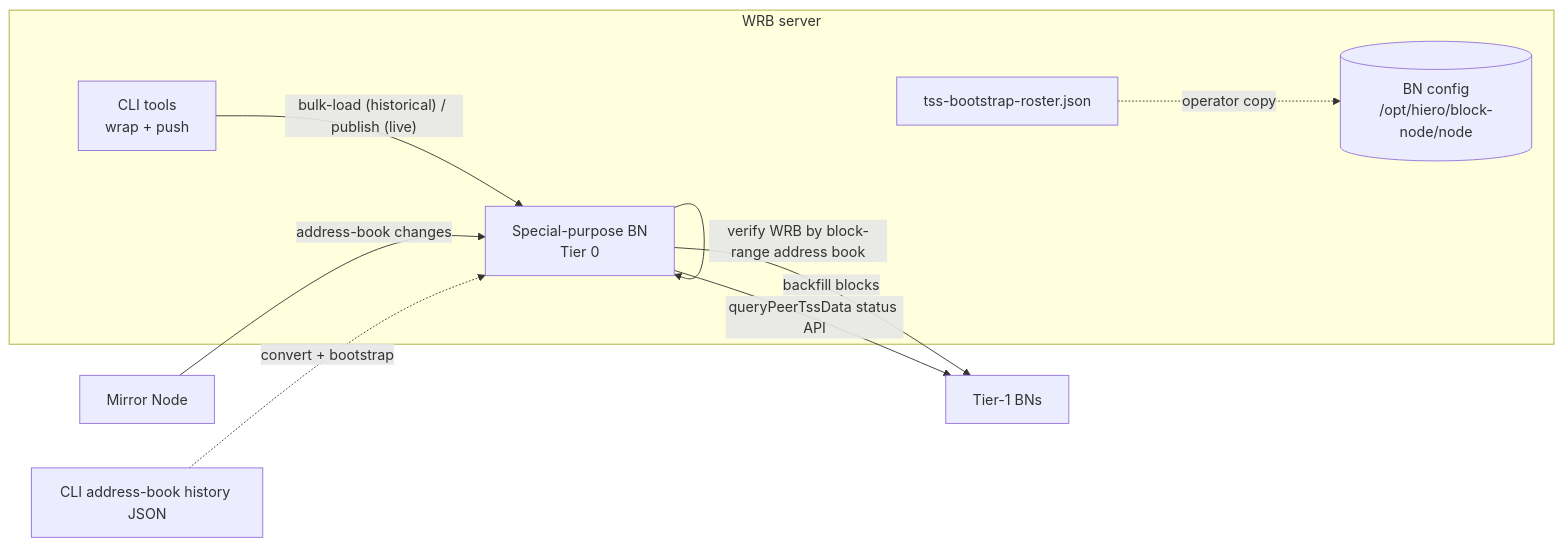
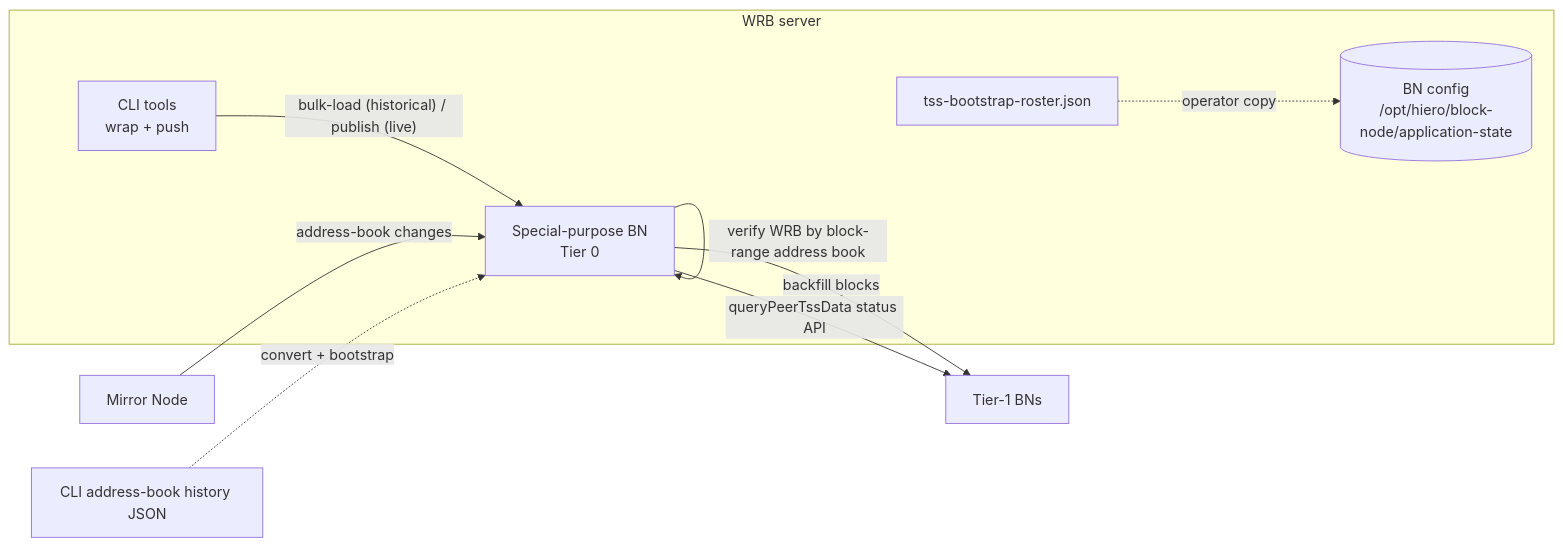
Before and after one commit to hiero-ledger/hiero-block-node: the diagram in docs/design/wrb-streaming/sp-wrb-bn-design.md, drawn with Mermaid. The commit also changed other lines of this file and 22 other files, not shown here.

First line of the commit message:
- change application-state mount to use /block-node/application-state instead of /block-node/node - remove the validation volume - update validation plugin to use the application-state volume - update ApplicationStateConfig to use new mount path

````diff
--- a/docs/design/wrb-streaming/sp-wrb-bn-design.md
+++ b/docs/design/wrb-streaming/sp-wrb-bn-design.md
@@ -135,12 +135,12 @@
 ```mermaid
 flowchart LR
     subgraph WRBS [WRB server]
         CLI[CLI tools<br/>wrap + push] -->|"bulk-load (historical) / publish (live)"| SP[Special-purpose BN<br/>Tier 0]
-        TSSJSON[tss-bootstrap-roster.json] -. operator copy .-> SPCFG[(BN config<br/>/opt/hiero/block-node/node)]
+        TSSJSON[tss-bootstrap-roster.json] -. operator copy .-> SPCFG[(BN config<br/>/opt/hiero/block-node/application-state)]
     end
     MN[Mirror Node] -->|address-book changes| SP
     ABH[CLI address-book history JSON] -. convert + bootstrap .-> SP
     SP -->|backfill blocks| T1[Tier-1 BNs]
     SP -->|queryPeerTssData status API| T1
     SP -->|verify WRB by block-range address book| SP
 ```
````
